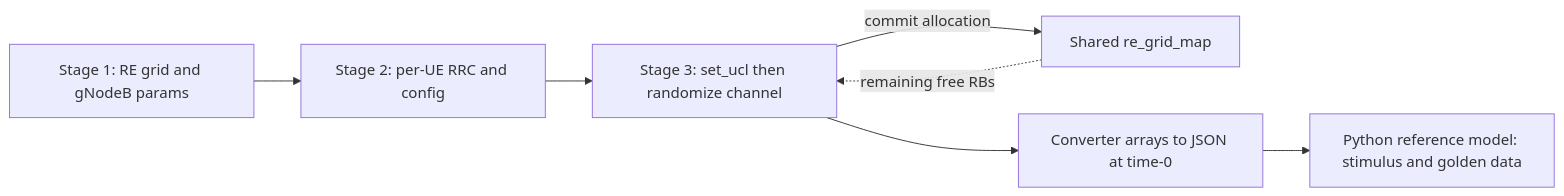
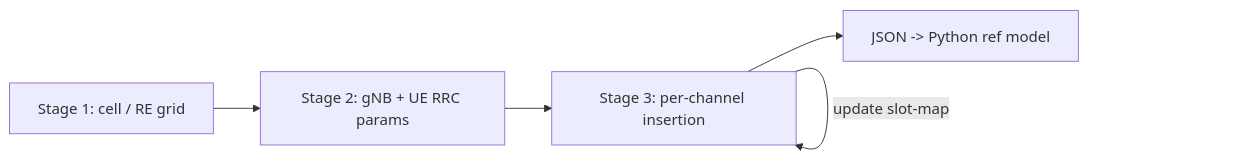
The diagram in docs/papers/ref-20261018-f0b1-creating-5g-test-scenarios-the-constrained-random-way.md (nemo99007/yt-paper), drawn with Mermaid before and after one commit. The commit also changed other lines of this file and 172 other files, not shown here.

````diff
--- a/docs/papers/ref-20261018-f0b1-creating-5g-test-scenarios-the-constrained-random-way.md
+++ b/docs/papers/ref-20261018-f0b1-creating-5g-test-scenarios-the-constrained-random-way.md
@@ -316,9 +212,7 @@
 ```mermaid
 flowchart LR
-    S1["Stage 1: RE grid and gNodeB params"] --> S2["Stage 2: per-UE RRC and config"]
-    S2 --> S3["Stage 3: set_ucl then randomize channel"]
-    S3 -->|"commit allocation"| GRID["Shared re_grid_map"]
-    GRID -.->|"remaining free RBs"| S3
-    S3 --> JSON["Converter arrays to JSON at time-0"]
-    JSON --> REF["Python reference model: stimulus and golden data"]
+  S1[Stage 1: cell / RE grid] --> S2[Stage 2: gNB + UE RRC params]
+  S2 --> S3[Stage 3: per-channel insertion]
+  S3 -->|update slot-map| S3
+  S3 --> J[JSON -> Python ref model]
 ```
````
